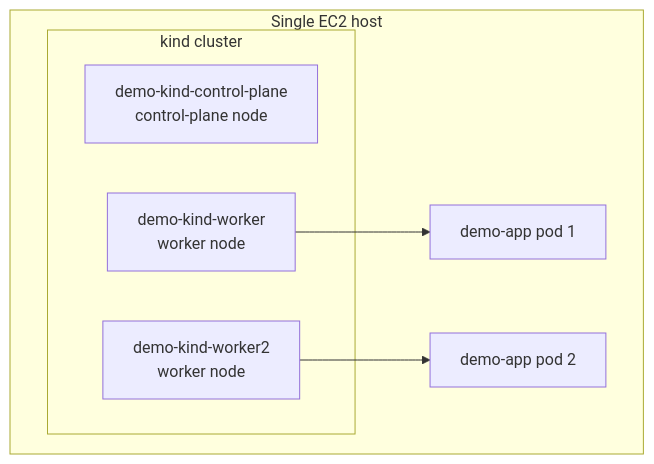
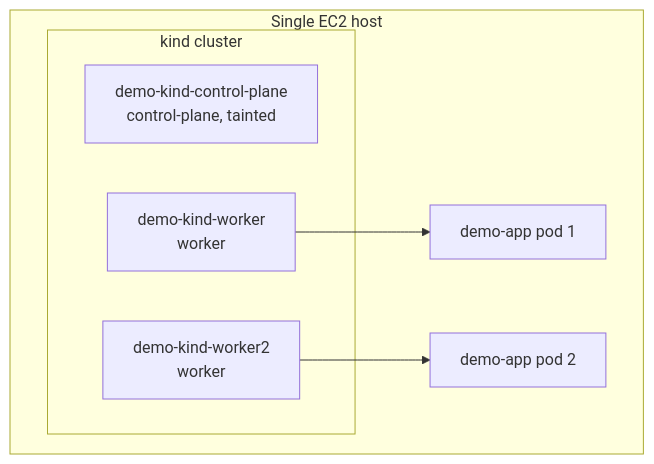
Before and after one commit to G-03-XBrain-Phase-2/hoangson-aws-accelerator-p2: the third of 3 diagrams in cloud/w8/projects/project-01-ec2-kind-alb/EVIDENCE.md, drawn with Mermaid. The commit also changed other lines of this file and 10 other files, not shown here.

````diff
--- a/cloud/w8/projects/project-01-ec2-kind-alb/EVIDENCE.md
+++ b/cloud/w8/projects/project-01-ec2-kind-alb/EVIDENCE.md
@@ -98,16 +99,16 @@
 ```mermaid
 flowchart TB
   subgraph EC2[Single EC2 host]
     subgraph Kind[kind cluster]
-      cp[demo-kind-control-plane<br/>control-plane node]
-      w1[demo-kind-worker<br/>worker node]
-      w2[demo-kind-worker2<br/>worker node]
+      cp[demo-kind-control-plane<br/>control-plane, tainted]
+      w1[demo-kind-worker<br/>worker]
+      w2[demo-kind-worker2<br/>worker]
     end
 
-    app1[demo-app pod 1]
-    app2[demo-app pod 2]
+    p1[demo-app pod 1]
+    p2[demo-app pod 2]
   end
 
-  w1 --> app1
-  w2 --> app2
+  w1 --> p1
+  w2 --> p2
 ```
````
